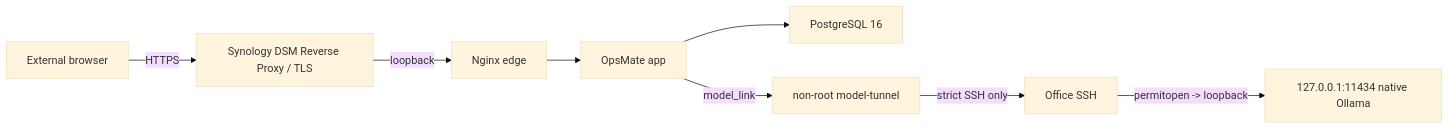
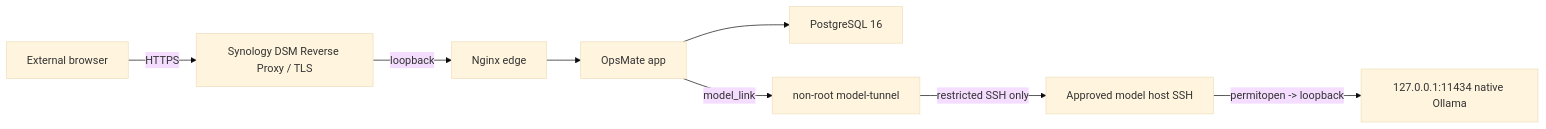
Before and after one commit to son1004007/engineering-career-portfolio: the diagram in 02_projects/opsmate-local/docs/SERVICE_RUNBOOK.md, drawn with Mermaid (base theme). The commit also changed other lines of this file and 8 other files, not shown here.

````diff
--- a/02_projects/opsmate-local/docs/SERVICE_RUNBOOK.md
+++ b/02_projects/opsmate-local/docs/SERVICE_RUNBOOK.md
@@ -16,10 +17,10 @@
 ```mermaid
 flowchart LR
     USER["External browser"] -->|"HTTPS"| DSM["Synology DSM Reverse Proxy / TLS"]
     DSM -->|"loopback"| EDGE["Nginx edge"]
     EDGE --> APP["OpsMate app"]
     APP --> DB["PostgreSQL 16"]
     APP -->|"model_link"| TUNNEL["non-root model-tunnel"]
-    TUNNEL -->|"strict SSH only"| OFFICE["Office SSH"]
+    TUNNEL -->|"restricted SSH only"| OFFICE["Approved model host SSH"]
     OFFICE -->|"permitopen -> loopback"| OLLAMA["127.0.0.1:11434 native Ollama"]
 ```
````
